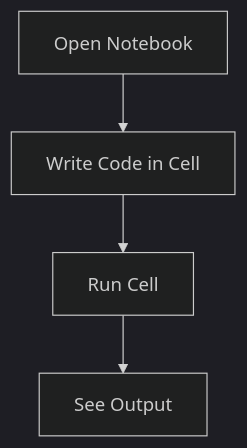
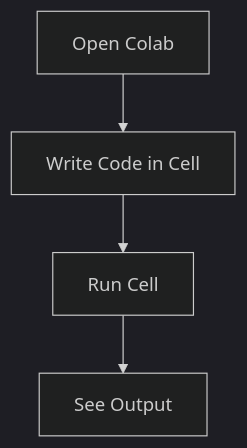
The third of 5 diagrams in book/01_python_programming/01_setup_installation.md (isouravsengupta/ai-data-engineer-handbook), drawn with Mermaid (dark theme) before and after one commit. The commit also changed other lines of this file and 169 other files, not shown here.

````diff
--- a/book/01_python_programming/01_setup_installation.md
+++ b/book/01_python_programming/01_setup_installation.md
@@ -182,6 +182,6 @@
 ```mermaid
 flowchart TD
-    A[Open Notebook] --> B[Write Code in Cell]
+    A[Open Colab] --> B[Write Code in Cell]
     B --> C[Run Cell]
     C --> D[See Output]
 ```
````
